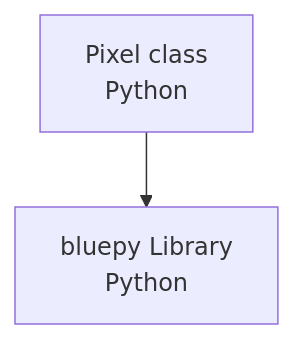
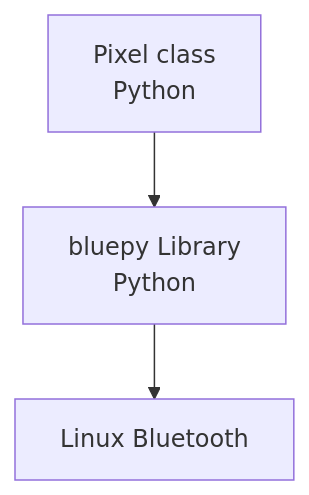
One commit to GameWithPixels/.github changed the seventh of 7 diagrams in doc/InternalArchitecture.md. Above: the diagram before and after it, drawn with Mermaid. The commit also changed other lines of this file, not shown here.

Commit message:
Update InternalArchitecture.md diagrams

````diff
--- a/doc/InternalArchitecture.md
+++ b/doc/InternalArchitecture.md
@@ -156,4 +154,4 @@
 ```mermaid
 graph TD;
-    Pixel[Pixel class\nPython]-->bluepy[bluepy Library\nPython];
+    Pixel[Pixel class\nPython]-->bluepy[bluepy Library\nPython]-->LinuxBluetooth[Linux Bluetooth];
 ```
````
